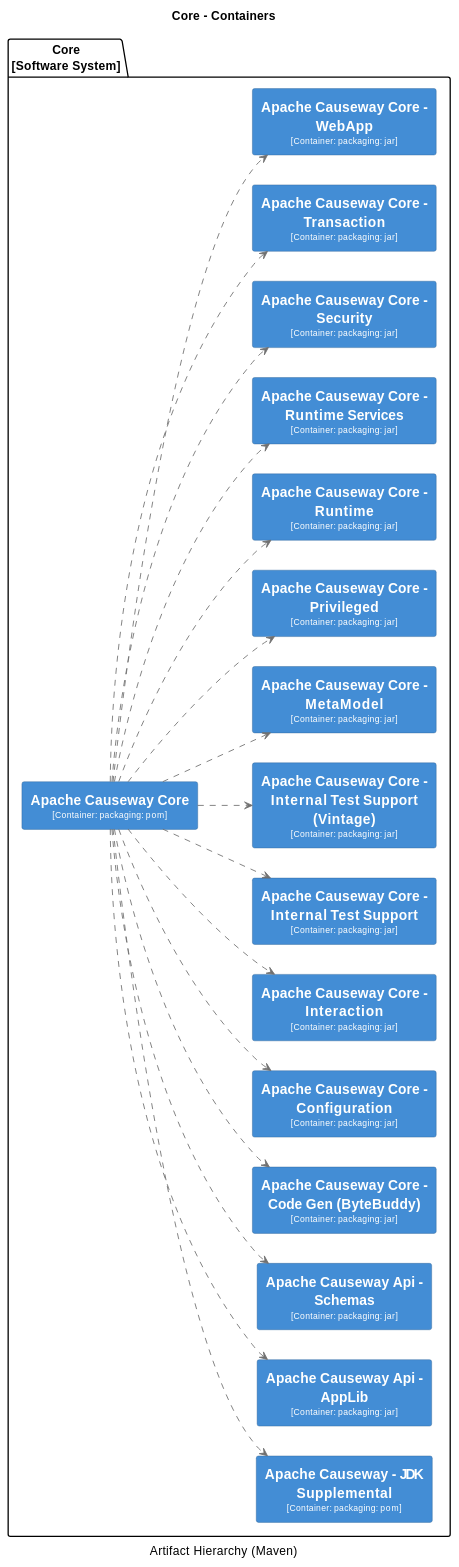
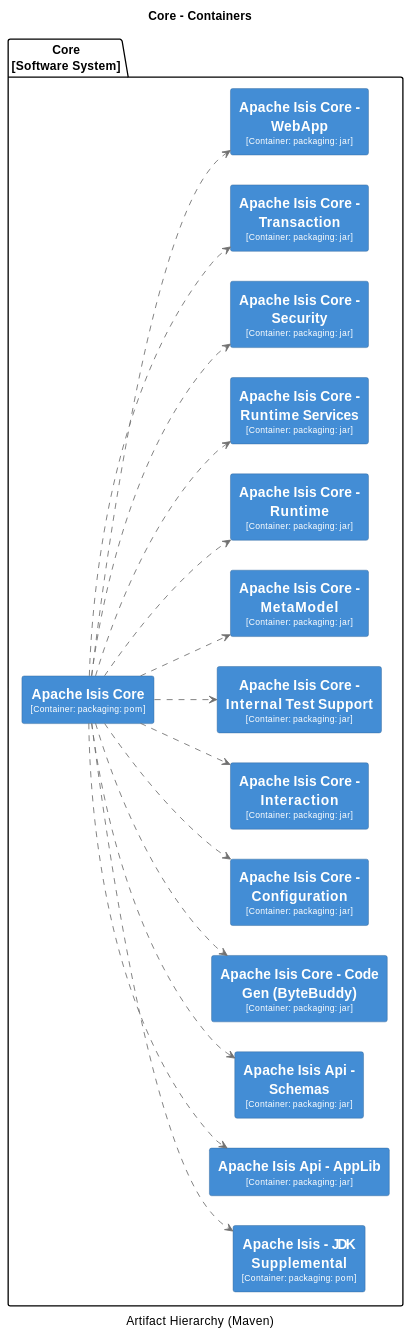
Before and after one commit to Supermajestcd/XMP--toolkits: the seventh of 32 diagrams in core/adoc/modules/_overview/pages/about.adoc, drawn with PlantUML. The commit also changed other lines of this file and 13599 other files, not shown here.

```diff
--- a/core/adoc/modules/_overview/pages/about.adoc
+++ b/core/adoc/modules/_overview/pages/about.adoc
@@ -1111,16 +1095,6 @@
   BorderColor #2E6295
 }
 skinparam rectangle<<15>> {
-  BackgroundColor #438dd5
-  FontColor #fffffe
-  BorderColor #2E6295
-}
-skinparam rectangle<<16>> {
-  BackgroundColor #438dd5
-  FontColor #fffffe
-  BorderColor #2E6295
-}
-skinparam rectangle<<17>> {
   BackgroundColor #438dd5
   FontColor #fffffe
   BorderColor #2E6295
@@ -1171,26 +1145,24 @@
   BorderColor #2E6295
 }
 package "Core\n[Software System]" {
-  rectangle "==Apache Causeway - JDK Supplemental\n<size:10>[Container: packaging: pom]</size>" <<16>> as 16
-  rectangle "==Apache Causeway Api - AppLib\n<size:10>[Container: packaging: jar]</size>" <<3>> as 3
-  rectangle "==Apache Causeway Api - Schemas\n<size:10>[Container: packaging: jar]</size>" <<17>> as 17
-  rectangle "==Apache Causeway Core\n<size:10>[Container: packaging: pom]</size>" <<2>> as 2
-  rectangle "==Apache Causeway Core - Code Gen (ByteBuddy)\n<size:10>[Container: packaging: jar]</size>" <<4>> as 4
-  rectangle "==Apache Causeway Core - Configuration\n<size:10>[Container: packaging: jar]</size>" <<5>> as 5
-  rectangle "==Apache Causeway Core - Interaction\n<size:10>[Container: packaging: jar]</size>" <<6>> as 6
-  rectangle "==Apache Causeway Core - Internal Test Support\n<size:10>[Container: packaging: jar]</size>" <<7>> as 7
-  rectangle "==Apache Causeway Core - Internal Test Support (Vintage)\n<size:10>[Container: packaging: jar]</size>" <<8>> as 8
-  rectangle "==Apache Causeway Core - MetaModel\n<size:10>[Container: packaging: jar]</size>" <<9>> as 9
-  rectangle "==Apache Causeway Core - Privileged\n<size:10>[Container: packaging: jar]</size>" <<10>> as 10
-  rectangle "==Apache Causeway Core - Runtime\n<size:10>[Container: packaging: jar]</size>" <<11>> as 11
-  rectangle "==Apache Causeway Core - Runtime Services\n<size:10>[Container: packaging: jar]</size>" <<12>> as 12
-  rectangle "==Apache Causeway Core - Security\n<size:10>[Container: packaging: jar]</size>" <<13>> as 13
-  rectangle "==Apache Causeway Core - Transaction\n<size:10>[Container: packaging: jar]</size>" <<14>> as 14
-  rectangle "==Apache Causeway Core - WebApp\n<size:10>[Container: packaging: jar]</size>" <<15>> as 15
+  rectangle "==Apache Isis - JDK Supplemental\n<size:10>[Container: packaging: pom]</size>" <<14>> as 14
+  rectangle "==Apache Isis Api - AppLib\n<size:10>[Container: packaging: jar]</size>" <<3>> as 3
+  rectangle "==Apache Isis Api - Schemas\n<size:10>[Container: packaging: jar]</size>" <<15>> as 15
+  rectangle "==Apache Isis Core\n<size:10>[Container: packaging: pom]</size>" <<2>> as 2
+  rectangle "==Apache Isis Core - Code Gen (ByteBuddy)\n<size:10>[Container: packaging: jar]</size>" <<4>> as 4
+  rectangle "==Apache Isis Core - Configuration\n<size:10>[Container: packaging: jar]</size>" <<5>> as 5
+  rectangle "==Apache Isis Core - Interaction\n<size:10>[Container: packaging: jar]</size>" <<6>> as 6
+  rectangle "==Apache Isis Core - Internal Test Support\n<size:10>[Container: packaging: jar]</size>" <<7>> as 7
+  rectangle "==Apache Isis Core - MetaModel\n<size:10>[Container: packaging: jar]</size>" <<8>> as 8
+  rectangle "==Apache Isis Core - Runtime\n<size:10>[Container: packaging: jar]</size>" <<9>> as 9
+  rectangle "==Apache Isis Core - Runtime Services\n<size:10>[Container: packaging: jar]</size>" <<10>> as 10
+  rectangle "==Apache Isis Core - Security\n<size:10>[Container: packaging: jar]</size>" <<11>> as 11
+  rectangle "==Apache Isis Core - Transaction\n<size:10>[Container: packaging: jar]</size>" <<12>> as 12
+  rectangle "==Apache Isis Core - WebApp\n<size:10>[Container: packaging: jar]</size>" <<13>> as 13
 }
-2 .[#707070].> 16 : ""
+2 .[#707070].> 14 : ""
 2 .[#707070].> 3 : ""
-2 .[#707070].> 17 : ""
+2 .[#707070].> 15 : ""
 2 .[#707070].> 4 : ""
 2 .[#707070].> 5 : ""
 2 .[#707070].> 6 : ""
@@ -1201,7 +1173,5 @@
 2 .[#707070].> 11 : ""
 2 .[#707070].> 12 : ""
 2 .[#707070].> 13 : ""
-2 .[#707070].> 14 : ""
-2 .[#707070].> 15 : ""
 @enduml
 ----
```
